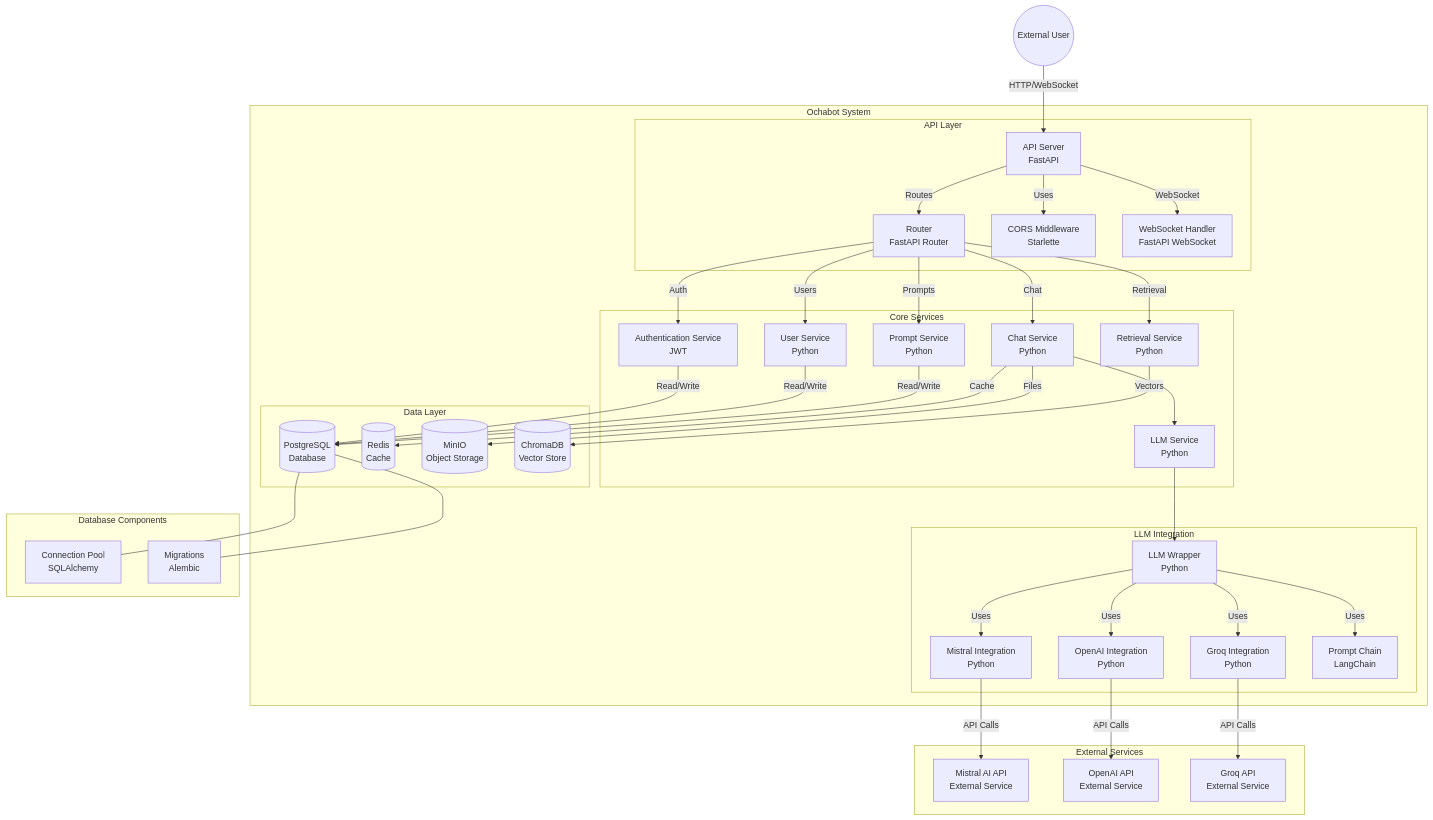
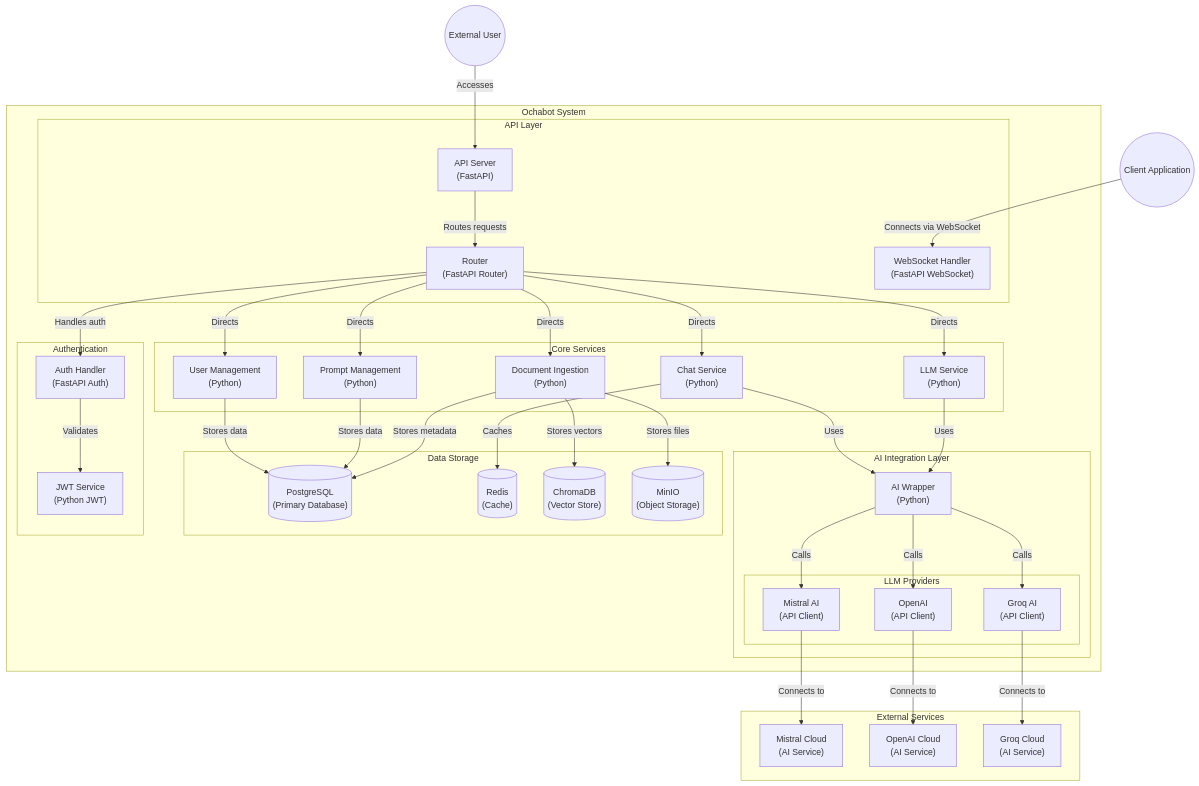
One commit to sofyan48/ochabot changed the diagram in README.md. Above: the diagram before and after it, drawn with Mermaid.

````diff
--- a/README.md
+++ b/README.md
@@ -88,82 +88,82 @@
 ```mermaid
 graph TB
     User((External User))
-    
+    Client((Client Application))
+
     subgraph "Ochabot System"
         subgraph "API Layer"
-            FastAPI["API Server<br>FastAPI"]
-            Router["Router<br>FastAPI Router"]
-            CORS["CORS Middleware<br>Starlette"]
-            WebSocket["WebSocket Handler<br>FastAPI WebSocket"]
+            FastAPI["API Server<br>(FastAPI)"]
+            Router["Router<br>(FastAPI Router)"]
+            WebSocket["WebSocket Handler<br>(FastAPI WebSocket)"]
         end
 
         subgraph "Core Services"
-            AuthService["Authentication Service<br>JWT"]
-            ChatService["Chat Service<br>Python"]
-            LLMService["LLM Service<br>Python"]
-            UserService["User Service<br>Python"]
-            PromptService["Prompt Service<br>Python"]
-            RetrievalService["Retrieval Service<br>Python"]
+            ChatService["Chat Service<br>(Python)"]
+            LLMService["LLM Service<br>(Python)"]
+            UserMgmt["User Management<br>(Python)"]
+            DocumentIngest["Document Ingestion<br>(Python)"]
+            PromptMgmt["Prompt Management<br>(Python)"]
         end
 
-        subgraph "LLM Integration"
-            LLMWrapper["LLM Wrapper<br>Python"]
-            MistralAI["Mistral Integration<br>Python"]
-            OpenAI["OpenAI Integration<br>Python"]
-            GroqAI["Groq Integration<br>Python"]
-            Prompter["Prompt Chain<br>LangChain"]
+        subgraph "AI Integration Layer"
+            AIWrapper["AI Wrapper<br>(Python)"]
+            subgraph "LLM Providers"
+                MistralAI["Mistral AI<br>(API Client)"]
+                OpenAI["OpenAI<br>(API Client)"]
+                GroqAI["Groq AI<br>(API Client)"]
+            end
         end
 
-        subgraph "Data Layer"
-            PostgreSQL[("PostgreSQL<br>Database")]
-            Redis[("Redis<br>Cache")]
-            MinIO[("MinIO<br>Object Storage")]
-            ChromaDB[("ChromaDB<br>Vector Store")]
+        subgraph "Data Storage"
+            PostgreSQL[("PostgreSQL<br>(Primary Database)")]
+            Redis[("Redis<br>(Cache)")]
+            ChromaDB[("ChromaDB<br>(Vector Store)")]
+            MinIO[("MinIO<br>(Object Storage)")]
+        end
+
+        subgraph "Authentication"
+            JWTAuth["JWT Service<br>(Python JWT)"]
+            AuthHandler["Auth Handler<br>(FastAPI Auth)"]
         end
     end
 
+    %% External Systems
     subgraph "External Services"
-        MistralAPI["Mistral AI API<br>External Service"]
-        OpenAIAPI["OpenAI API<br>External Service"]
-        GroqAPI["Groq API<br>External Service"]
+        MistralCloud["Mistral Cloud<br>(AI Service)"]
+        OpenAICloud["OpenAI Cloud<br>(AI Service)"]
+        GroqCloud["Groq Cloud<br>(AI Service)"]
     end
 
     %% Connections
-    User -->|"HTTP/WebSocket"| FastAPI
-    FastAPI -->|"Routes"| Router
-    FastAPI -->|"Uses"| CORS
-    FastAPI -->|"WebSocket"| WebSocket
-
-    Router -->|"Auth"| AuthService
-    Router -->|"Chat"| ChatService
-    Router -->|"Users"| UserService
-    Router -->|"Prompts"| PromptService
-    Router -->|"Retrieval"| RetrievalService
-
-    ChatService --> LLMService
-    LLMService --> LLMWrapper
-    LLMWrapper -->|"Uses"| MistralAI
-    LLMWrapper -->|"Uses"| OpenAI
-    LLMWrapper -->|"Uses"| GroqAI
-    LLMWrapper -->|"Uses"| Prompter
-
-    MistralAI -->|"API Calls"| MistralAPI
-    OpenAI -->|"API Calls"| OpenAIAPI
-    GroqAI -->|"API Calls"| GroqAPI
-
-    AuthService -->|"Read/Write"| PostgreSQL
-    UserService -->|"Read/Write"| PostgreSQL
-    PromptService -->|"Read/Write"| PostgreSQL
+    User -->|"Accesses"| FastAPI
+    Client -->|"Connects via WebSocket"| WebSocket
     
-    ChatService -->|"Cache"| Redis
-    RetrievalService -->|"Vectors"| ChromaDB
-    ChatService -->|"Files"| MinIO
-
-    %% Component relationships
-    subgraph "Database Components"
-        DBPool["Connection Pool<br>SQLAlchemy"]
-        DBMigrations["Migrations<br>Alembic"]
-    end
-    PostgreSQL --- DBPool
-    PostgreSQL --- DBMigrations
+    FastAPI -->|"Routes requests"| Router
+    Router -->|"Handles auth"| AuthHandler
+    AuthHandler -->|"Validates"| JWTAuth
+    
+    Router -->|"Directs"| ChatService
+    Router -->|"Directs"| UserMgmt
+    Router -->|"Directs"| DocumentIngest
+    Router -->|"Directs"| PromptMgmt
+    Router -->|"Directs"| LLMService
+    
+    ChatService -->|"Uses"| AIWrapper
+    LLMService -->|"Uses"| AIWrapper
+    
+    AIWrapper -->|"Calls"| MistralAI
+    AIWrapper -->|"Calls"| OpenAI
+    AIWrapper -->|"Calls"| GroqAI
+    
+    MistralAI -->|"Connects to"| MistralCloud
+    OpenAI -->|"Connects to"| OpenAICloud
+    GroqAI -->|"Connects to"| GroqCloud
+    
+    DocumentIngest -->|"Stores vectors"| ChromaDB
+    DocumentIngest -->|"Stores files"| MinIO
+    
+    ChatService -->|"Caches"| Redis
+    UserMgmt -->|"Stores data"| PostgreSQL
+    PromptMgmt -->|"Stores data"| PostgreSQL
+    DocumentIngest -->|"Stores metadata"| PostgreSQL
 ```
````
